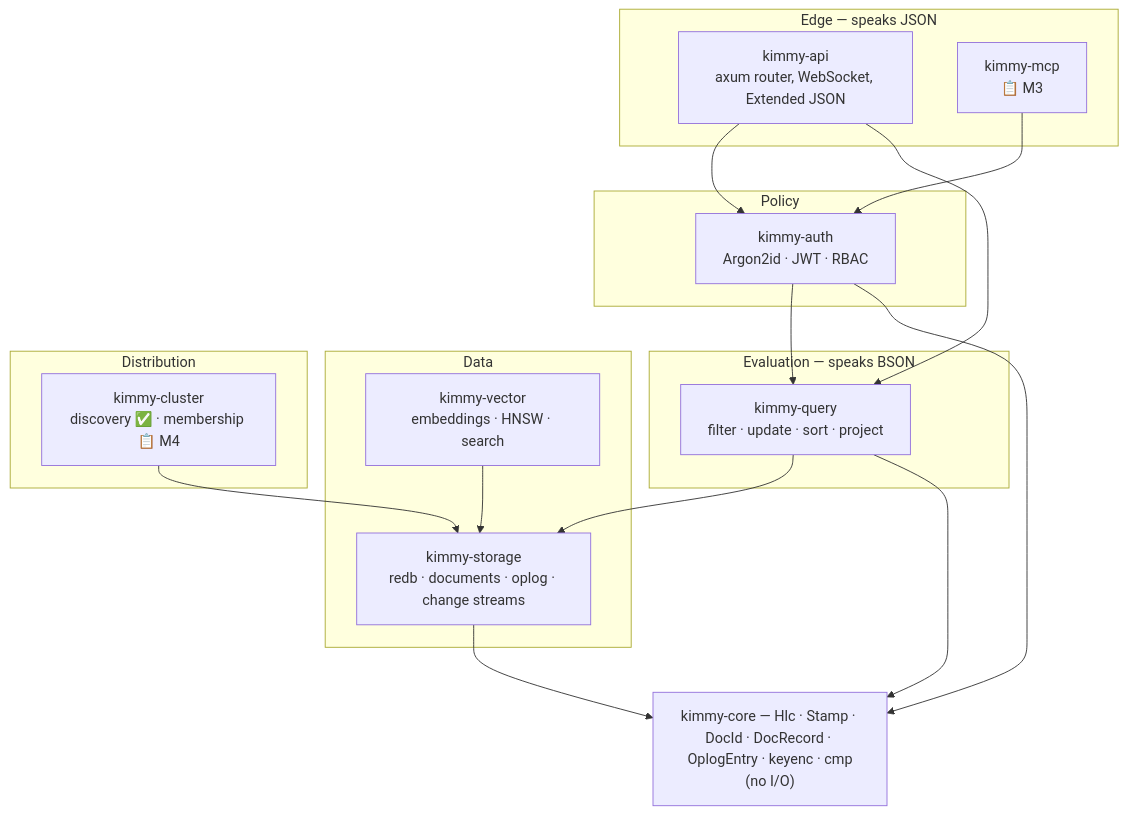
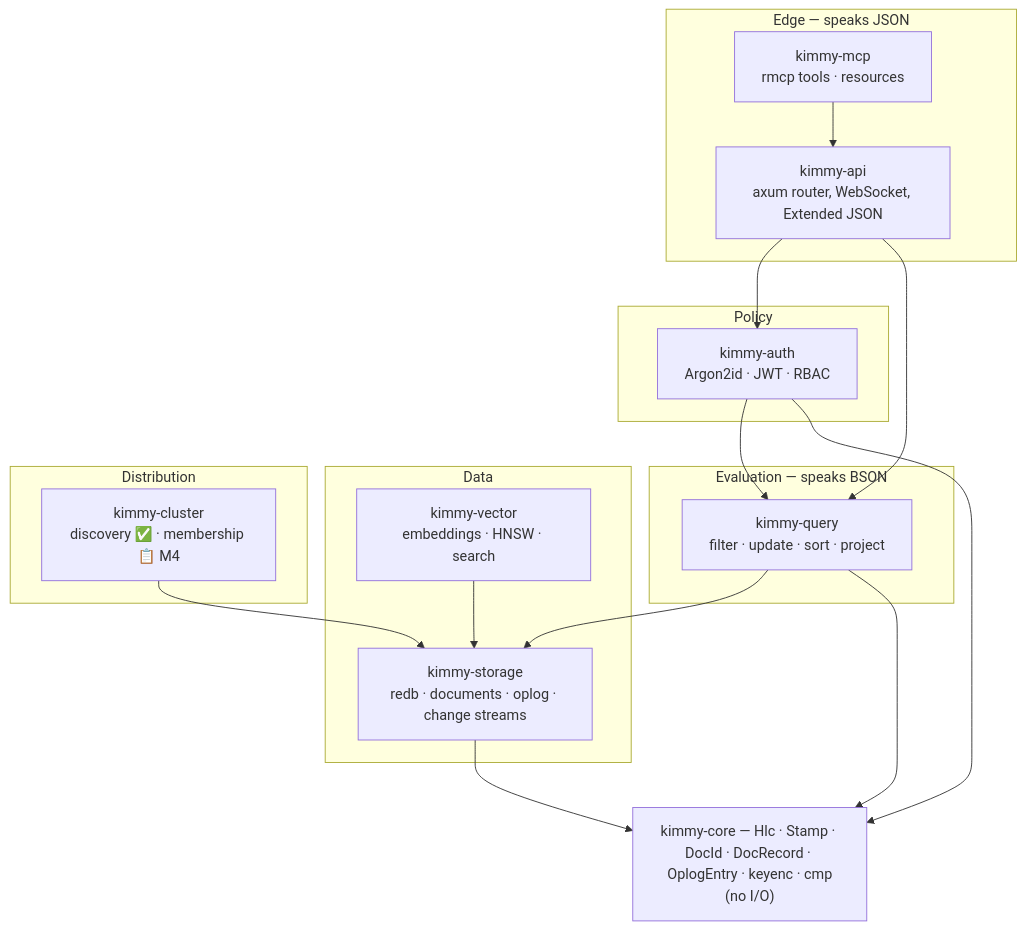
One commit to titusai-io/kimmydb changed the third of 5 diagrams in docs/architecture.md. Above: the diagram before and after it, drawn with Mermaid. The commit also changed other lines of this file and 27 other files, not shown here.

````diff
--- a/docs/architecture.md
+++ b/docs/architecture.md
@@ -69,37 +69,37 @@
 ```mermaid
 graph TB
     subgraph EDGE["Edge — speaks JSON"]
         API["kimmy-api<br/>axum router, WebSocket, Extended JSON"]
-        MCP["kimmy-mcp<br/>📋 M3"]
+        MCP["kimmy-mcp<br/>rmcp tools · resources"]
     end
 
     subgraph POLICY["Policy"]
         AUTH["kimmy-auth<br/>Argon2id · JWT · RBAC"]
     end
 
     subgraph LOGIC["Evaluation — speaks BSON"]
         QRY["kimmy-query<br/>filter · update · sort · project"]
     end
 
     subgraph DATA["Data"]
         STO["kimmy-storage<br/>redb · documents · oplog · change streams"]
         VEC["kimmy-vector<br/>embeddings · HNSW · search"]
     end
 
     subgraph DIST["Distribution"]
         CLU["kimmy-cluster<br/>discovery ✅ · membership 📋 M4"]
     end
 
     CORE["kimmy-core — Hlc · Stamp · DocId · DocRecord · OplogEntry · keyenc · cmp<br/>(no I/O)"]
 
     API --> AUTH
-    MCP --> AUTH
+    MCP --> API
     AUTH --> QRY
     API --> QRY
     QRY --> STO
     VEC --> STO
     CLU --> STO
     STO --> CORE
     QRY --> CORE
     AUTH --> CORE
 ```
````
